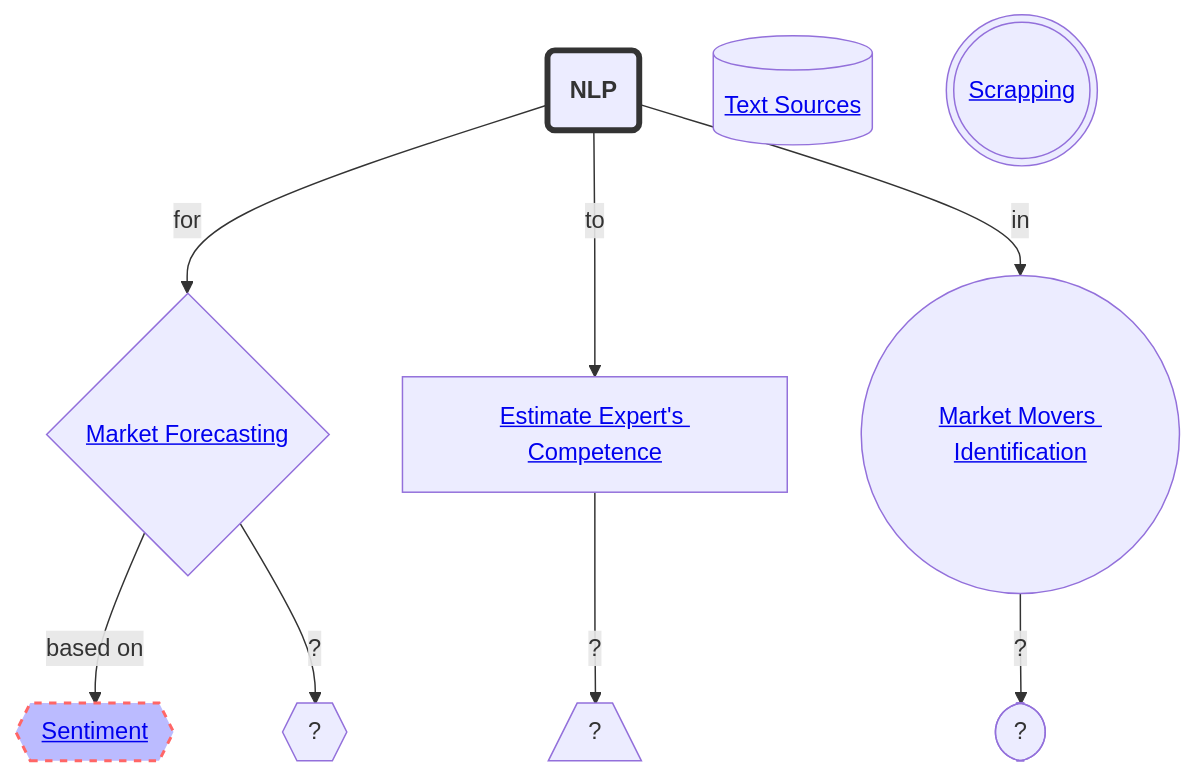
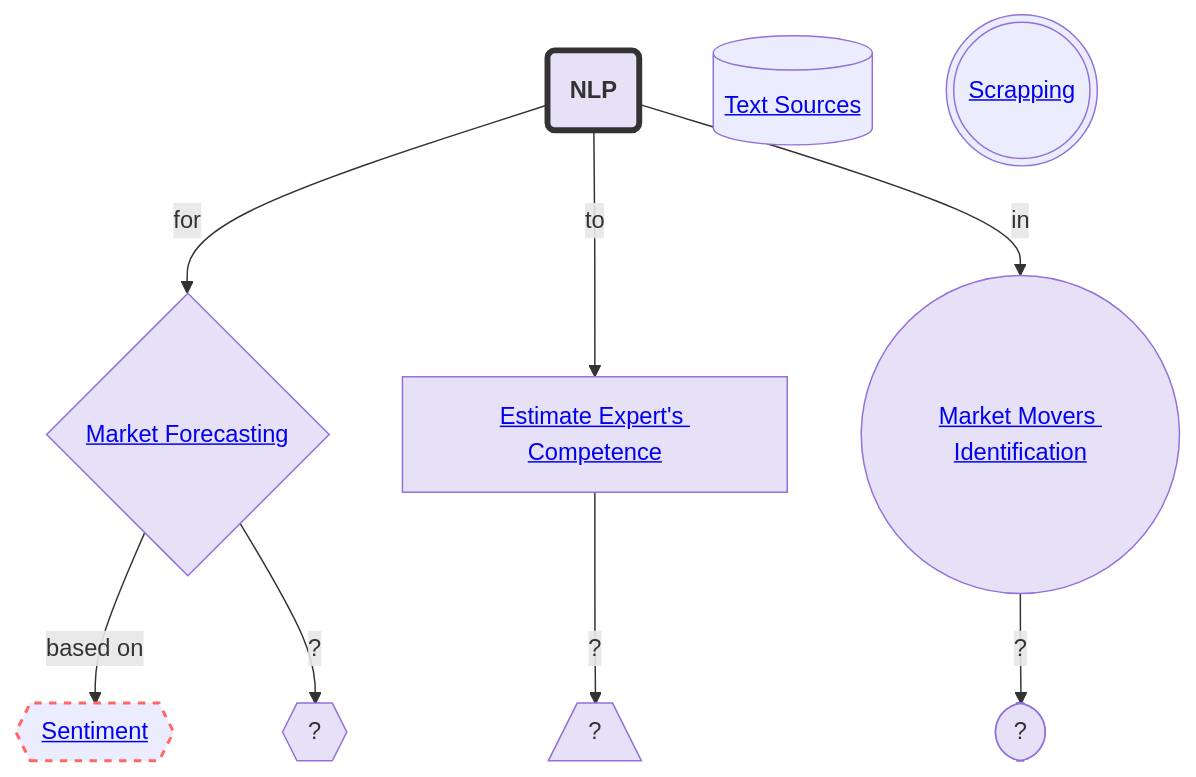
Before and after one commit to completelyboofyblitzed/STOCK-MARKET-NLP: the diagram in README.md, drawn with Mermaid.

````diff
--- a/README.md
+++ b/README.md
@@ -4,18 +4,22 @@
 ```mermaid
-%%{init: { "sequence": { "securityLevel":"loose" }}}%%
+%%{init: {"theme": "default","fontFamily": "cursive", "sequence": { "securityLevel":"loose" }}}%%
 graph TD
+    classDef containers fill:#E6E1F7
+    
     %% styling the nodes and arrors https://dompl.medium.com/produce-great-looking-flowcharts-in-seconds-7f3bea64f2e2
     %% mermaid editor https://mermaid.live
+    
     A(<b>NLP</b>) -->|for| C{<a href='https://github.com/completelyboofyblitzed/NLP-in-STOCK-MARKET/blob/main/README.md#market-forecasting'>Market Forecasting</a>} 
     style A stroke:#333,stroke-width:4px
     J[(<a href='https://github.com/completelyboofyblitzed/NLP-in-STOCK-MARKET/blob/main/README.md#text-sources'>Text Sources</a>)]
-    H(((<a href='https://github.com/completelyboofyblitzed/NLP-in-STOCK-MARKET/blob/main/README.md#scrapping'>Scrapping</a>)))
+    S(((<a href='https://github.com/completelyboofyblitzed/NLP-in-STOCK-MARKET/blob/main/README.md#scrapping'>Scrapping</a>)))
     A -->|to| E[<a href='https://github.com/completelyboofyblitzed/NLP-in-STOCK-MARKET/blob/main/README.md#experts-competence-estimation'>Estimate Expert's Competence</a>]
     A -->|in| M((<a href='https://github.com/completelyboofyblitzed/NLP-in-STOCK-MARKET/blob/main/README.md#market-movers-identification'>Market Movers Identification</a>))
-    C -->|based on| D{{<a href='https://github.com/completelyboofyblitzed/NLP-in-STOCK-MARKET/blob/main/README.md#sentiment-based'>Sentiment</a>}}
+    C -->|based on| D{{<a href='https://github.com/completelyboofyblitzed/NLP-in-STOCK-MARKET/blob/main/README.md#sentiment-based' >Sentiment</a>}}
     C -->|?| B{{?}}
-    style D fill:#bbf,stroke:#f66,stroke-width:2px,color:#fff,stroke-dasharray: 5 5
-    click B href "https://github.com/completelyboofyblitzed/NLP-in-STOCK-MARKET#sentiment-based" "This is a tooltip for a link"
+    style D stroke:#f66,stroke-width:2px,color:#fff,stroke-dasharray: 5 5,text-decoration: none
+    %% click B href "https://github.com/completelyboofyblitzed/NLP-in-STOCK-MARKET#sentiment-based" "This is a tooltip for a link"
     E -->|?| F[/?\]
     M -->|?| Q([?])
+    class A,B,C,E,E,M,F,Q containers;
 ```
````
